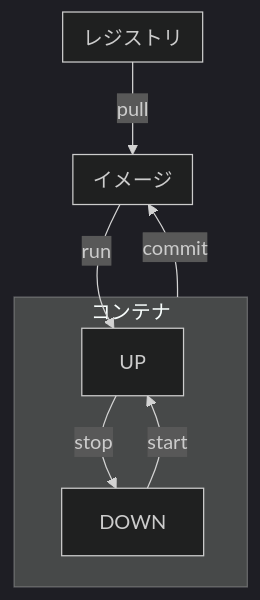
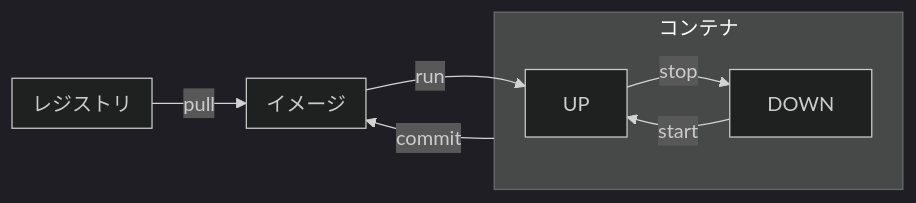
Before and after one commit to MrMocchy/MrMocchy.github.io: the diagram in docs/tech/docker.md, drawn with Mermaid. The commit also changed 2 other files, not shown here.

Commit message:
微修正

````diff
--- a/docs/tech/docker.md
+++ b/docs/tech/docker.md
@@ -6,15 +6,15 @@
 ``` mermaid
 %%{init: {'theme':'dark'}}%%
-graph TB
+graph LR
     subgraph R[レジストリ]
     end
     subgraph I[イメージ]
     end
     subgraph C[コンテナ]
         C_up[UP] --stop--> C_down[DOWN]
         C_down --start--> C_up
     end
     R --pull--> I
     I --run--> C_up
     C --commit--> I
 ```
````
